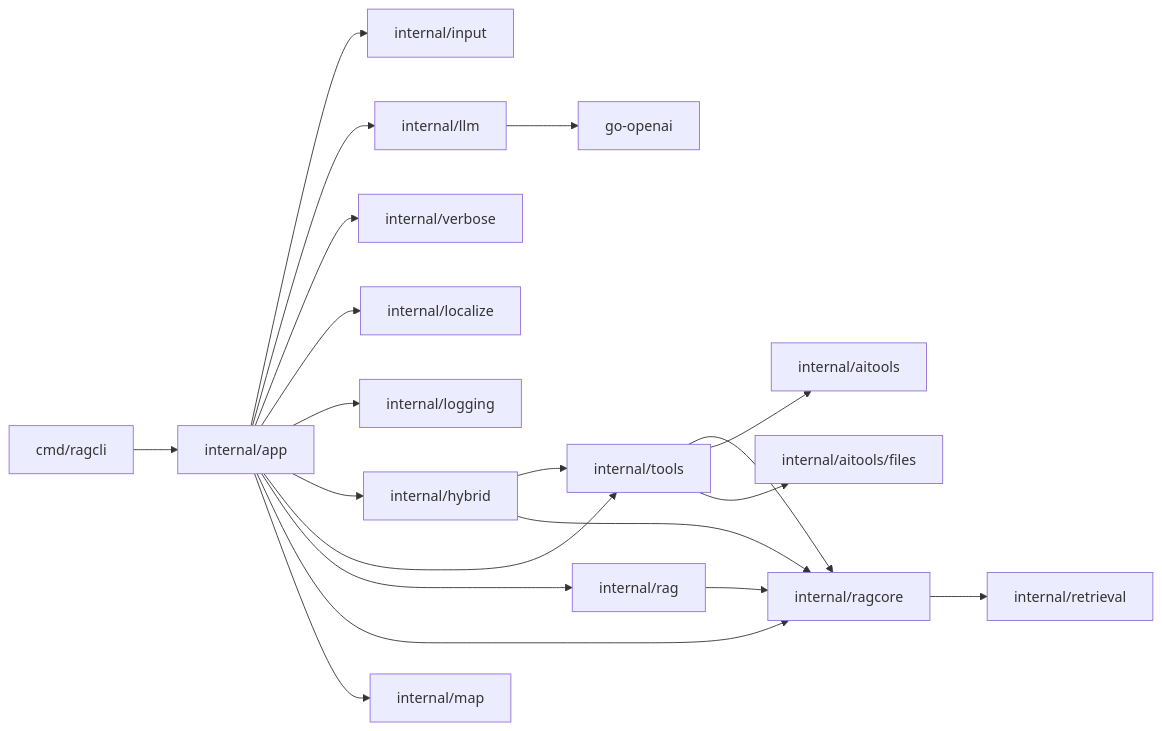
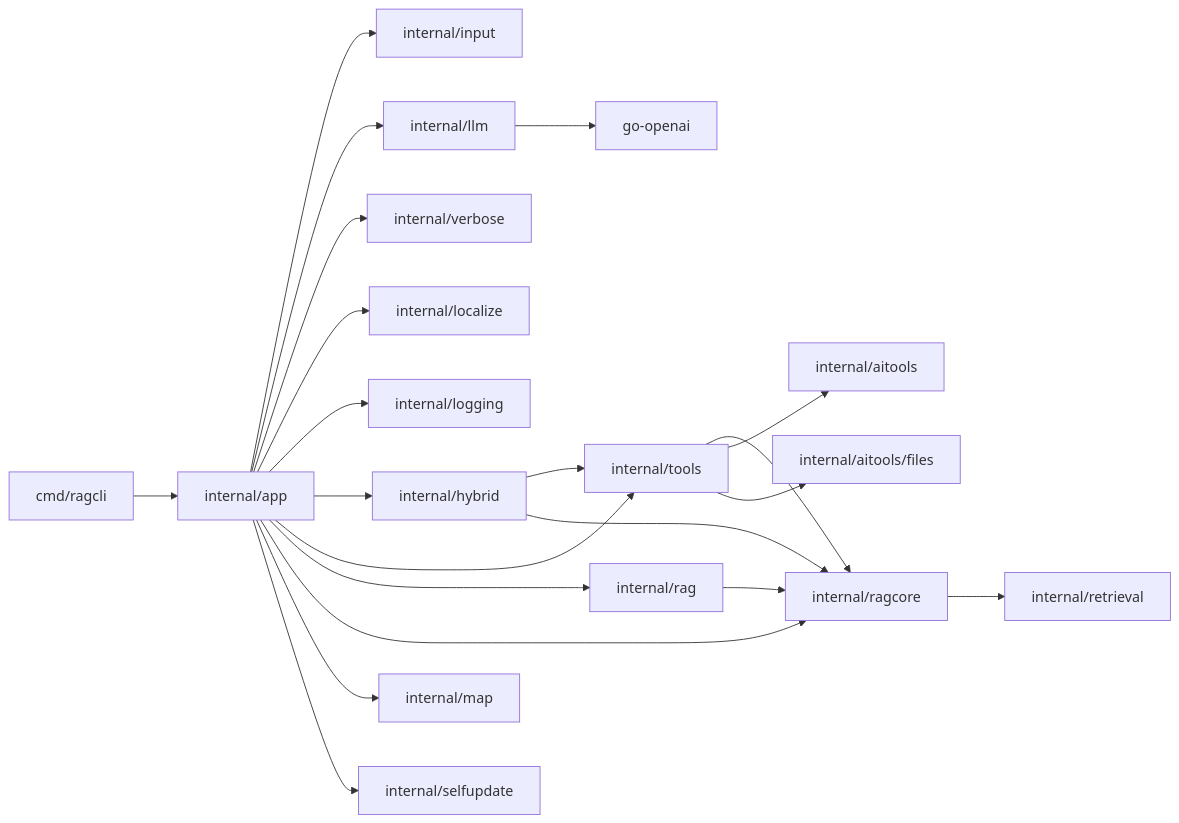
The first of 4 diagrams in doc/architecture.md (borro/ragcli), drawn with Mermaid before and after one commit. The commit also changed other lines of this file and 27 other files, not shown here.

````diff
--- a/doc/architecture.md
+++ b/doc/architecture.md
@@ -16,22 +16,23 @@
 ```mermaid
 flowchart LR
     main["cmd/ragcli"] --> app["internal/app"]
     app --> input["internal/input"]
     app --> llm["internal/llm"]
     app --> verbose["internal/verbose"]
     app --> localize["internal/localize"]
     app --> logging["internal/logging"]
     app --> hybrid["internal/hybrid"]
     app --> tools["internal/tools"]
     app --> rag["internal/rag"]
     app --> ragcore["internal/ragcore"]
     app --> map["internal/map"]
+    app --> selfupdate["internal/selfupdate"]
     hybrid --> tools
     hybrid --> ragcore
     tools --> ragcore
     rag --> ragcore
     ragcore --> retrieval["internal/retrieval"]
     tools --> aitools["internal/aitools"]
     tools --> aitoolsfiles["internal/aitools/files"]
     llm --> goopenai["go-openai"]
 ```
````
